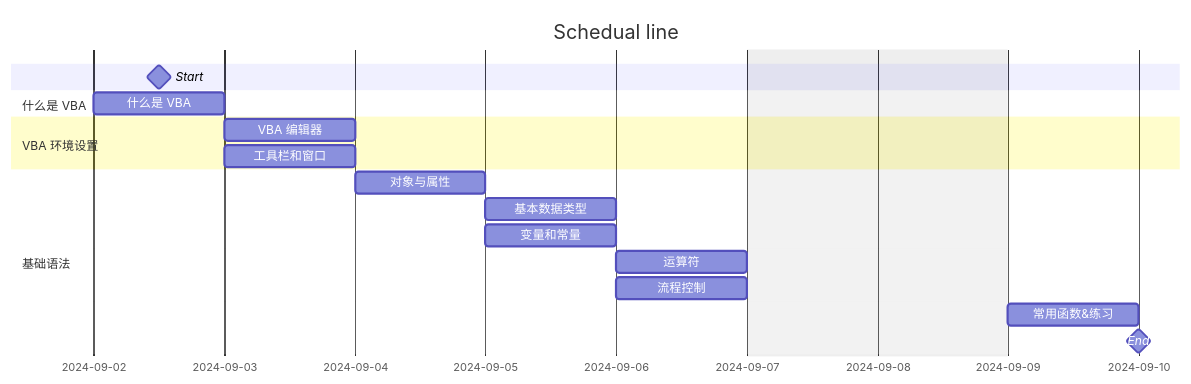
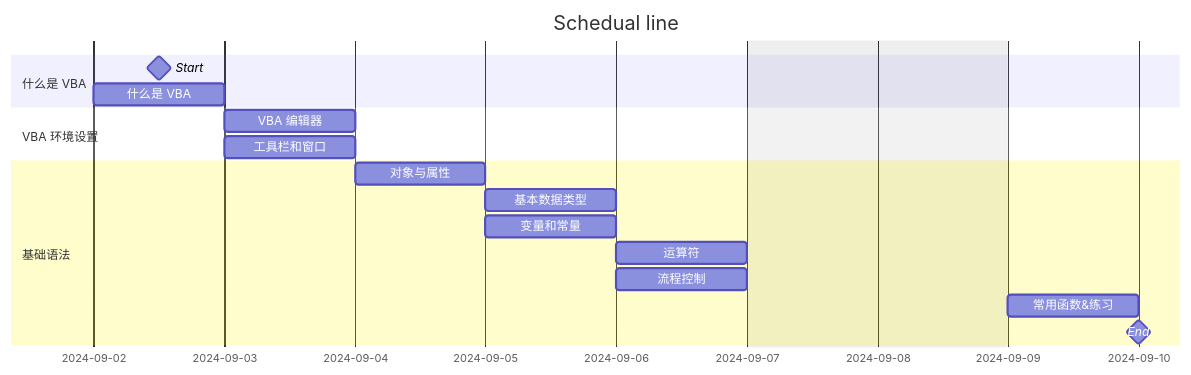
The second of 2 diagrams in 开课.md (KennethLoop4/Slidev), drawn with Mermaid before and after one commit. The commit also changed 5 other files, not shown here.

````diff
--- a/开课.md
+++ b/开课.md
@@ -134,25 +134,26 @@
 ```mermaid
 
 gantt
     title Schedual line
     dateFormat YYYY-MM-DD
     excludes weekends
-    Start: milestone, m1, 2024-09-02, 1d
+    
     section 什么是 VBA
+        Start: milestone, m1, 2024-09-02, 1d
         什么是 VBA         :a1, 2024-09-02, 1d
         
     section VBA 环境设置
         VBA 编辑器    :a2, after a1, 1d
         工具栏和窗口  :a2, after a1, 1d
 
     section 基础语法
         对象与属性    :a3, after a2, 1d
         基本数据类型  :a4, after a3, 1d
         变量和常量    :a5, after a3, 1d
         运算符        :a6, after a5, 1d
         流程控制      :a7, after a5, 1d
         常用函数&练习          :a8, after a7, 1d
     
     End: milestone, m2, after a8,
 
 ```
````
